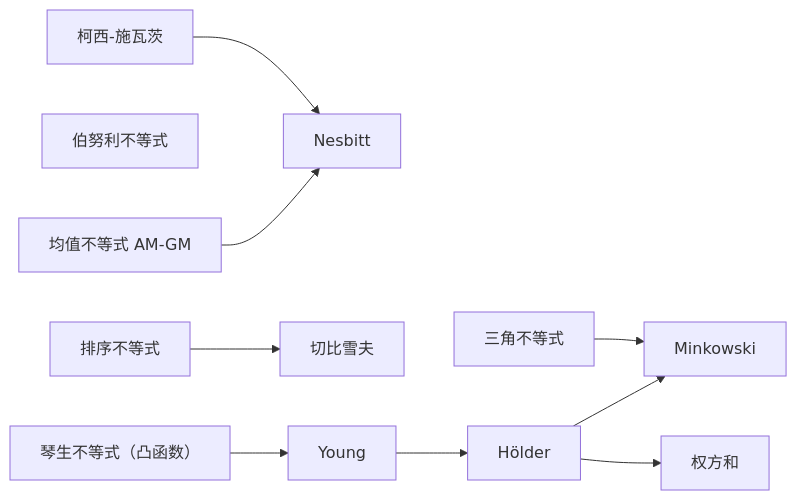
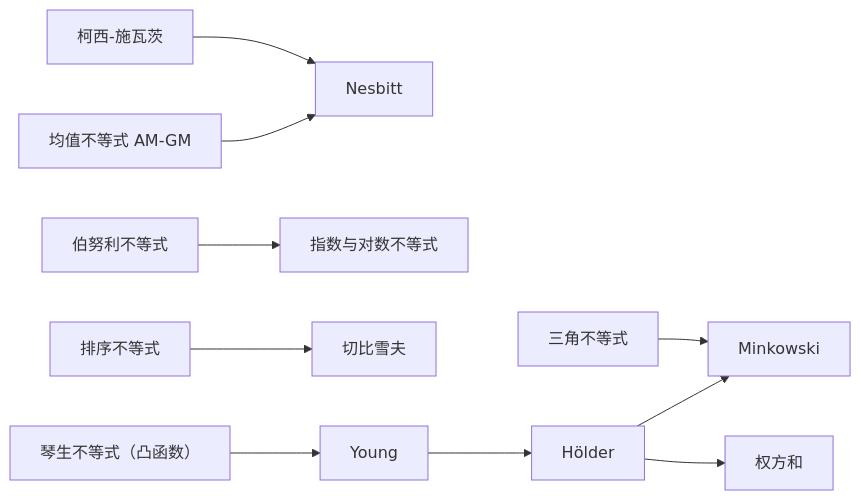
Before and after one commit to fjzxl/myNotes: the diagram in topics/math/inequalities.md, drawn with Mermaid. The commit also changed other lines of this file and 2 other files, not shown here.

````diff
--- a/topics/math/inequalities.md
+++ b/topics/math/inequalities.md
@@ -21,12 +28,12 @@
 ```mermaid
 flowchart LR
     TRI["三角不等式"] --> MIN["Minkowski"]
     AMGM["均值不等式 AM-GM"] --> NES["Nesbitt"]
-    BER["伯努利不等式"]
+    BER["伯努利不等式"] --> EXP["指数与对数不等式"]
     SORT["排序不等式"] --> CHEB["切比雪夫"]
     CS["柯西-施瓦茨"] --> NES
     JEN["琴生不等式（凸函数）"] --> YOUNG["Young"]
     YOUNG --> HOLD["Hölder"]
     HOLD --> POW["权方和"]
     HOLD --> MIN
 ```
````
